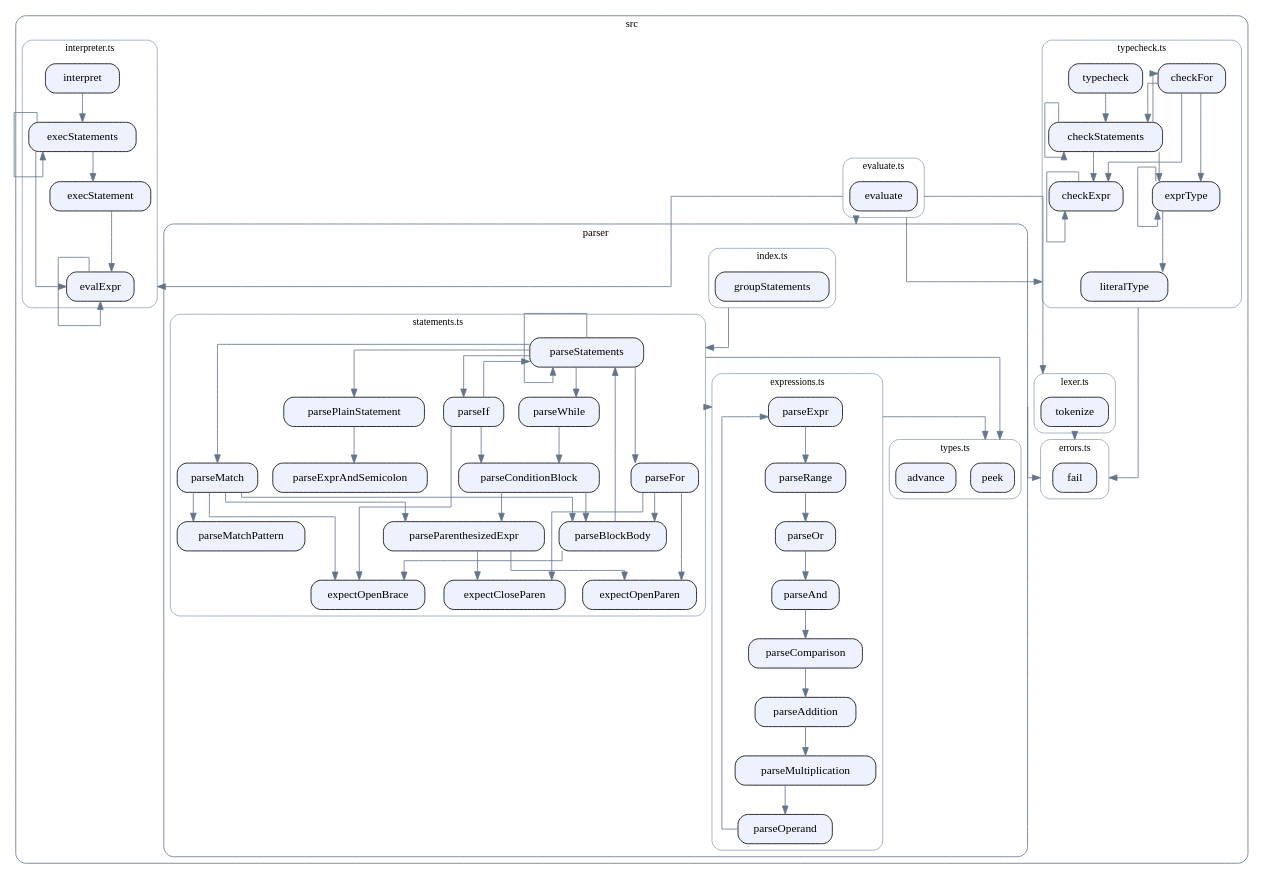
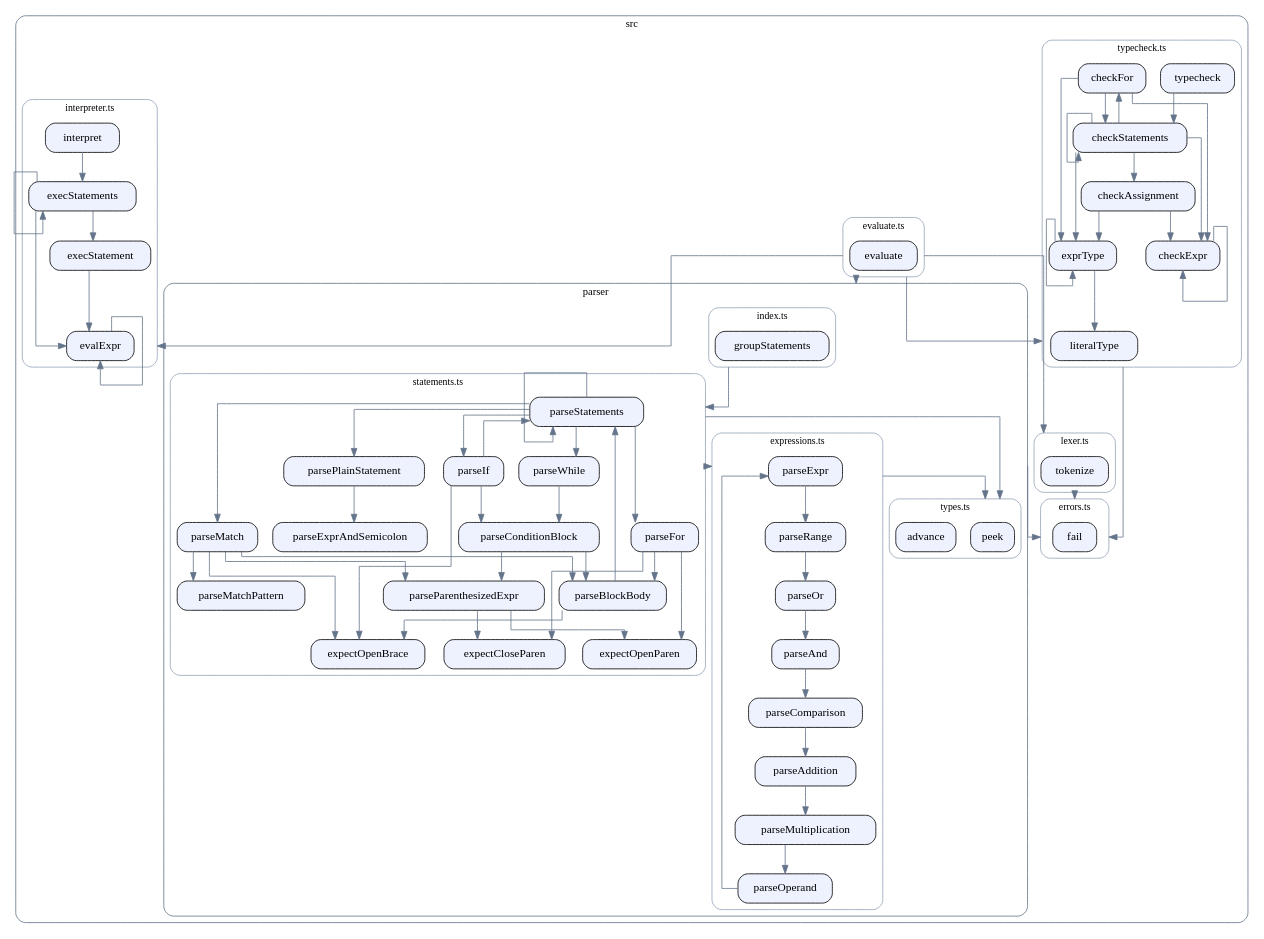
The diagram in docs/callgraph.dot (SirMathhman/Tuff), drawn with Graphviz before and after one commit. The commit also changed 9 other files, not shown here.

```diff
--- a/docs/callgraph.dot
+++ b/docs/callgraph.dot
@@ -1,182 +1,186 @@
 digraph tuff {
   rankdir=TB;
   compound=true;
   splines=ortho;
   node [shape=box, style="rounded,filled", fillcolor="#eef2ff", fontname="Consolas"];
   edge [color="#64748b"];
   subgraph "cluster_dir_src" {
     style="rounded";
     color="#64748b";
     fontname="Consolas";
     fontsize=13;
     label="src";
   subgraph "cluster_src_errors_ts" {
     style="rounded";
     color="#94a3b8";
     fontname="Consolas";
     fontsize=12;
     label="errors.ts";
     "src\\errors.ts::fail" [label="fail"];
   }
   subgraph "cluster_src_evaluate_ts" {
     style="rounded";
     color="#94a3b8";
     fontname="Consolas";
     fontsize=12;
     label="evaluate.ts";
     "src\\evaluate.ts::evaluate" [label="evaluate"];
   }
   subgraph "cluster_src_interpreter_ts" {
     style="rounded";
     color="#94a3b8";
     fontname="Consolas";
     fontsize=12;
     label="interpreter.ts";
     "src\\interpreter.ts::evalExpr" [label="evalExpr"];
     "src\\interpreter.ts::execStatement" [label="execStatement"];
     "src\\interpreter.ts::execStatements" [label="execStatements"];
     "src\\interpreter.ts::interpret" [label="interpret"];
   }
   subgraph "cluster_src_lexer_ts" {
     style="rounded";
     color="#94a3b8";
     fontname="Consolas";
     fontsize=12;
     label="lexer.ts";
     "src\\lexer.ts::tokenize" [label="tokenize"];
   }
   subgraph "cluster_src_typecheck_ts" {
     style="rounded";
     color="#94a3b8";
     fontname="Consolas";
     fontsize=12;
     label="typecheck.ts";
     "src\\typecheck.ts::literalType" [label="literalType"];
     "src\\typecheck.ts::checkExpr" [label="checkExpr"];
     "src\\typecheck.ts::exprType" [label="exprType"];
     "src\\typecheck.ts::checkFor" [label="checkFor"];
+    "src\\typecheck.ts::checkAssignment" [label="checkAssignment"];
     "src\\typecheck.ts::checkStatements" [label="checkStatements"];
     "src\\typecheck.ts::typecheck" [label="typecheck"];
   }
   subgraph "cluster_dir_src_parser" {
     style="rounded";
     color="#64748b";
     fontname="Consolas";
     fontsize=13;
     label="parser";
   subgraph "cluster_src_parser_expressions_ts" {
     style="rounded";
     color="#94a3b8";
     fontname="Consolas";
     fontsize=12;
     label="expressions.ts";
     "src\\parser\\expressions.ts::parseExpr" [label="parseExpr"];
     "src\\parser\\expressions.ts::parseRange" [label="parseRange"];
     "src\\parser\\expressions.ts::parseOr" [label="parseOr"];
     "src\\parser\\expressions.ts::parseAnd" [label="parseAnd"];
     "src\\parser\\expressions.ts::parseComparison" [label="parseComparison"];
     "src\\parser\\expressions.ts::parseAddition" [label="parseAddition"];
     "src\\parser\\expressions.ts::parseMultiplication" [label="parseMultiplication"];
     "src\\parser\\expressions.ts::parseOperand" [label="parseOperand"];
   }
   subgraph "cluster_src_parser_index_ts" {
     style="rounded";
     color="#94a3b8";
     fontname="Consolas";
     fontsize=12;
     label="index.ts";
     "src\\parser\\index.ts::groupStatements" [label="groupStatements"];
   }
   subgraph "cluster_src_parser_statements_ts" {
     style="rounded";
     color="#94a3b8";
     fontname="Consolas";
     fontsize=12;
     label="statements.ts";
     "src\\parser\\statements.ts::parseStatements" [label="parseStatements"];
     "src\\parser\\statements.ts::parseExprAndSemicolon" [label="parseExprAndSemicolon"];
     "src\\parser\\statements.ts::expectOpenBrace" [label="expectOpenBrace"];
     "src\\parser\\statements.ts::parsePlainStatement" [label="parsePlainStatement"];
     "src\\parser\\statements.ts::expectOpenParen" [label="expectOpenParen"];
     "src\\parser\\statements.ts::expectCloseParen" [label="expectCloseParen"];
     "src\\parser\\statements.ts::parseParenthesizedExpr" [label="parseParenthesizedExpr"];
     "src\\parser\\statements.ts::parseBlockBody" [label="parseBlockBody"];
     "src\\parser\\statements.ts::parseConditionBlock" [label="parseConditionBlock"];
     "src\\parser\\statements.ts::parseIf" [label="parseIf"];
     "src\\parser\\statements.ts::parseWhile" [label="parseWhile"];
     "src\\parser\\statements.ts::parseFor" [label="parseFor"];
     "src\\parser\\statements.ts::parseMatchPattern" [label="parseMatchPattern"];
     "src\\parser\\statements.ts::parseMatch" [label="parseMatch"];
   }
   subgraph "cluster_src_parser_types_ts" {
     style="rounded";
     color="#94a3b8";
     fontname="Consolas";
     fontsize=12;
     label="types.ts";
     "src\\parser\\types.ts::peek" [label="peek"];
     "src\\parser\\types.ts::advance" [label="advance"];
   }
   }
   }
   "src\\evaluate.ts::evaluate" -> "src\\lexer.ts::tokenize" [ltail="cluster_src_evaluate_ts", lhead="cluster_src_lexer_ts"];
   "src\\evaluate.ts::evaluate" -> "src\\parser\\index.ts::groupStatements" [ltail="cluster_src_evaluate_ts", lhead="cluster_dir_src_parser"];
   "src\\evaluate.ts::evaluate" -> "src\\typecheck.ts::literalType" [ltail="cluster_src_evaluate_ts", lhead="cluster_src_typecheck_ts"];
   "src\\evaluate.ts::evaluate" -> "src\\interpreter.ts::evalExpr" [ltail="cluster_src_evaluate_ts", lhead="cluster_src_interpreter_ts"];
   "src\\interpreter.ts::evalExpr" -> "src\\interpreter.ts::evalExpr";
   "src\\interpreter.ts::execStatement" -> "src\\interpreter.ts::evalExpr";
   "src\\interpreter.ts::execStatements" -> "src\\interpreter.ts::execStatements";
   "src\\interpreter.ts::execStatements" -> "src\\interpreter.ts::evalExpr";
   "src\\interpreter.ts::execStatements" -> "src\\interpreter.ts::execStatement";
   "src\\interpreter.ts::interpret" -> "src\\interpreter.ts::execStatements";
   "src\\lexer.ts::tokenize" -> "src\\errors.ts::fail" [ltail="cluster_src_lexer_ts", lhead="cluster_src_errors_ts"];
   "src\\parser\\expressions.ts::parseExpr" -> "src\\parser\\expressions.ts::parseRange";
   "src\\parser\\expressions.ts::parseRange" -> "src\\parser\\expressions.ts::parseOr";
   "src\\parser\\expressions.ts::parseExpr" -> "src\\parser\\types.ts::peek" [ltail="cluster_src_parser_expressions_ts", lhead="cluster_src_parser_types_ts"];
   "src\\parser\\expressions.ts::parseOr" -> "src\\parser\\expressions.ts::parseAnd";
   "src\\parser\\expressions.ts::parseAnd" -> "src\\parser\\expressions.ts::parseComparison";
   "src\\parser\\expressions.ts::parseComparison" -> "src\\parser\\expressions.ts::parseAddition";
   "src\\parser\\expressions.ts::parseAddition" -> "src\\parser\\expressions.ts::parseMultiplication";
   "src\\parser\\expressions.ts::parseMultiplication" -> "src\\parser\\expressions.ts::parseOperand";
   "src\\parser\\expressions.ts::parseExpr" -> "src\\errors.ts::fail" [ltail="cluster_dir_src_parser", lhead="cluster_src_errors_ts"];
   "src\\parser\\expressions.ts::parseOperand" -> "src\\parser\\expressions.ts::parseExpr";
   "src\\parser\\index.ts::groupStatements" -> "src\\parser\\statements.ts::parseStatements" [ltail="cluster_src_parser_index_ts", lhead="cluster_src_parser_statements_ts"];
   "src\\parser\\statements.ts::parseStatements" -> "src\\parser\\types.ts::peek" [ltail="cluster_src_parser_statements_ts", lhead="cluster_src_parser_types_ts"];
   "src\\parser\\statements.ts::parseStatements" -> "src\\parser\\statements.ts::parseStatements";
   "src\\parser\\statements.ts::parseStatements" -> "src\\parser\\statements.ts::parseIf";
   "src\\parser\\statements.ts::parseStatements" -> "src\\parser\\statements.ts::parseWhile";
   "src\\parser\\statements.ts::parseStatements" -> "src\\parser\\statements.ts::parseFor";
   "src\\parser\\statements.ts::parseStatements" -> "src\\parser\\statements.ts::parseMatch";
   "src\\parser\\statements.ts::parseStatements" -> "src\\parser\\statements.ts::parsePlainStatement";
   "src\\parser\\statements.ts::parseStatements" -> "src\\parser\\expressions.ts::parseExpr" [ltail="cluster_src_parser_statements_ts", lhead="cluster_src_parser_expressions_ts"];
   "src\\parser\\statements.ts::parsePlainStatement" -> "src\\parser\\statements.ts::parseExprAndSemicolon";
   "src\\parser\\statements.ts::parseParenthesizedExpr" -> "src\\parser\\statements.ts::expectOpenParen";
   "src\\parser\\statements.ts::parseParenthesizedExpr" -> "src\\parser\\statements.ts::expectCloseParen";
   "src\\parser\\statements.ts::parseBlockBody" -> "src\\parser\\statements.ts::expectOpenBrace";
   "src\\parser\\statements.ts::parseBlockBody" -> "src\\parser\\statements.ts::parseStatements";
   "src\\parser\\statements.ts::parseConditionBlock" -> "src\\parser\\statements.ts::parseParenthesizedExpr";
   "src\\parser\\statements.ts::parseConditionBlock" -> "src\\parser\\statements.ts::parseBlockBody";
   "src\\parser\\statements.ts::parseIf" -> "src\\parser\\statements.ts::parseConditionBlock";
   "src\\parser\\statements.ts::parseIf" -> "src\\parser\\statements.ts::expectOpenBrace";
   "src\\parser\\statements.ts::parseIf" -> "src\\parser\\statements.ts::parseStatements";
   "src\\parser\\statements.ts::parseWhile" -> "src\\parser\\statements.ts::parseConditionBlock";
   "src\\parser\\statements.ts::parseFor" -> "src\\parser\\statements.ts::expectOpenParen";
   "src\\parser\\statements.ts::parseFor" -> "src\\parser\\statements.ts::expectCloseParen";
   "src\\parser\\statements.ts::parseFor" -> "src\\parser\\statements.ts::parseBlockBody";
   "src\\parser\\statements.ts::parseMatch" -> "src\\parser\\statements.ts::parseParenthesizedExpr";
   "src\\parser\\statements.ts::parseMatch" -> "src\\parser\\statements.ts::expectOpenBrace";
   "src\\parser\\statements.ts::parseMatch" -> "src\\parser\\statements.ts::parseMatchPattern";
   "src\\parser\\statements.ts::parseMatch" -> "src\\parser\\statements.ts::parseBlockBody";
   "src\\typecheck.ts::checkExpr" -> "src\\typecheck.ts::checkExpr";
   "src\\typecheck.ts::literalType" -> "src\\errors.ts::fail" [ltail="cluster_src_typecheck_ts", lhead="cluster_src_errors_ts"];
   "src\\typecheck.ts::exprType" -> "src\\typecheck.ts::literalType";
   "src\\typecheck.ts::exprType" -> "src\\typecheck.ts::exprType";
   "src\\typecheck.ts::checkFor" -> "src\\typecheck.ts::checkExpr";
   "src\\typecheck.ts::checkFor" -> "src\\typecheck.ts::exprType";
   "src\\typecheck.ts::checkFor" -> "src\\typecheck.ts::checkStatements";
+  "src\\typecheck.ts::checkAssignment" -> "src\\typecheck.ts::checkExpr";
+  "src\\typecheck.ts::checkAssignment" -> "src\\typecheck.ts::exprType";
   "src\\typecheck.ts::checkStatements" -> "src\\typecheck.ts::checkExpr";
   "src\\typecheck.ts::checkStatements" -> "src\\typecheck.ts::exprType";
+  "src\\typecheck.ts::checkStatements" -> "src\\typecheck.ts::checkAssignment";
   "src\\typecheck.ts::checkStatements" -> "src\\typecheck.ts::checkStatements";
   "src\\typecheck.ts::checkStatements" -> "src\\typecheck.ts::checkFor";
   "src\\typecheck.ts::typecheck" -> "src\\typecheck.ts::checkStatements";
 }
```
